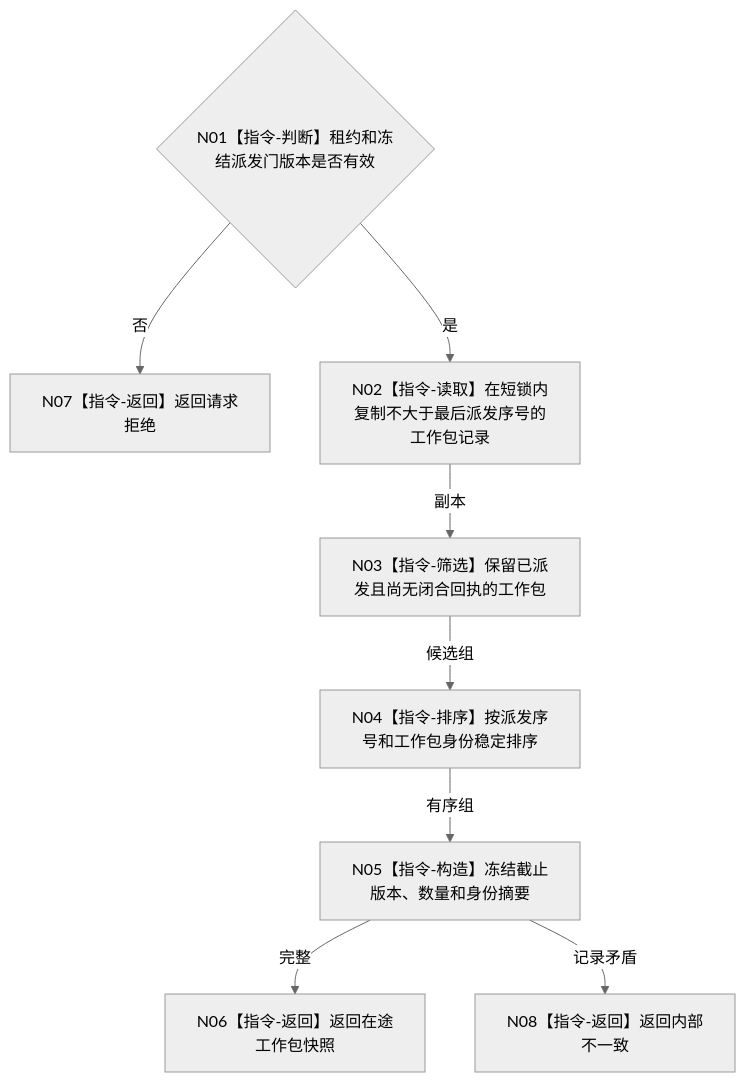
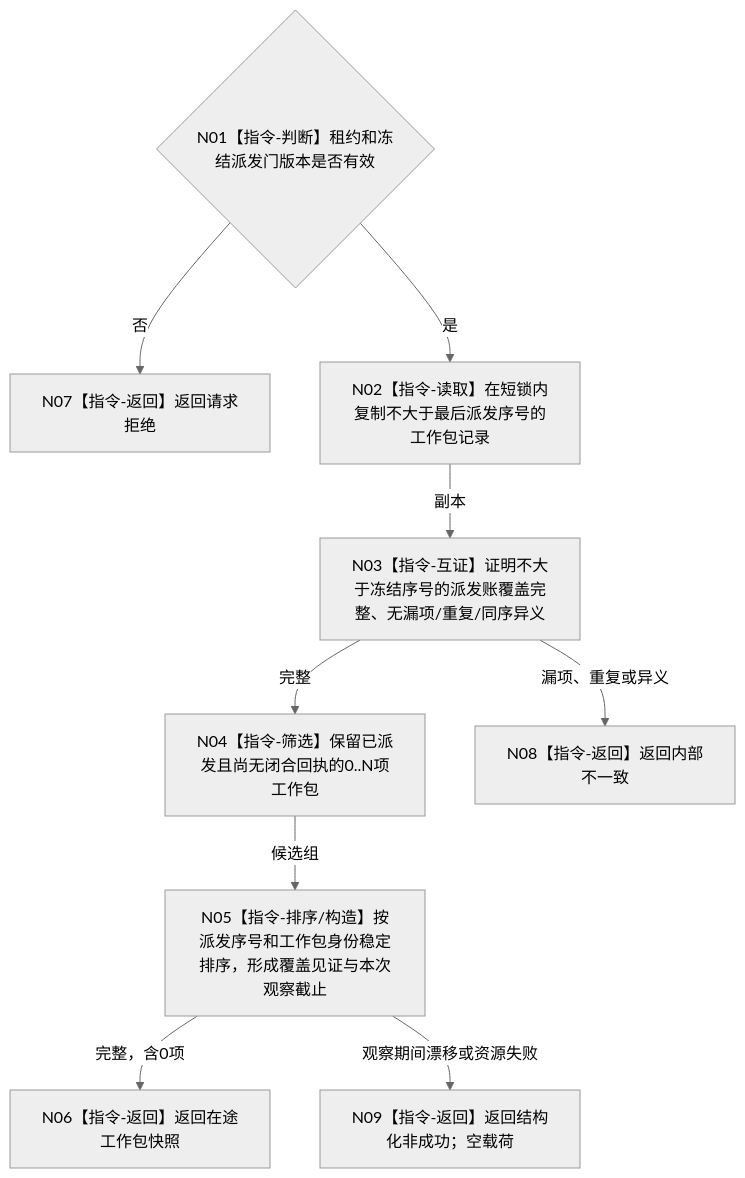
Before and after one commit to chunhaizh-cyber/HY-Ego: the diagram in 流程图/目标业务流程图/L3/BIZ-L3-001-12-02_读取当前在途工作包快照_目标函数流程图_v0.1.md, drawn with Mermaid (neutral theme). The commit also changed other lines of this file and 16 other files, not shown here.

````diff
--- a/流程图/目标业务流程图/L3/BIZ-L3-001-12-02_读取当前在途工作包快照_目标函数流程图_v0.1.md
+++ b/流程图/目标业务流程图/L3/BIZ-L3-001-12-02_读取当前在途工作包快照_目标函数流程图_v0.1.md
@@ -30,10 +30,11 @@
 ```mermaid
 flowchart TD
     N01{"N01【指令-判断】租约和冻结派发门版本是否有效"} -->|否| N07["N07【指令-返回】返回请求拒绝"]
     N01 -->|是| N02["N02【指令-读取】在短锁内复制不大于最后派发序号的工作包记录"]
-    N02 -->|副本| N03["N03【指令-筛选】保留已派发且尚无闭合回执的工作包"]
-    N03 -->|候选组| N04["N04【指令-排序】按派发序号和工作包身份稳定排序"]
-    N04 -->|有序组| N05["N05【指令-构造】冻结截止版本、数量和身份摘要"]
-    N05 -->|完整| N06["N06【指令-返回】返回在途工作包快照"]
-    N05 -->|记录矛盾| N08["N08【指令-返回】返回内部不一致"]
+    N02 -->|副本| N03["N03【指令-互证】证明不大于冻结序号的派发账覆盖完整、无漏项/重复/同序异义"]
+    N03 -->|完整| N04["N04【指令-筛选】保留已派发且尚无闭合回执的0..N项工作包"]
+    N04 -->|候选组| N05["N05【指令-排序/构造】按派发序号和工作包身份稳定排序，形成覆盖见证与本次观察截止"]
+    N05 -->|完整，含0项| N06["N06【指令-返回】返回在途工作包快照"]
+    N03 -->|漏项、重复或异义| N08["N08【指令-返回】返回内部不一致"]
+    N05 -->|观察期间漂移或资源失败| N09["N09【指令-返回】返回结构化非成功；空载荷"]
 ```
````
